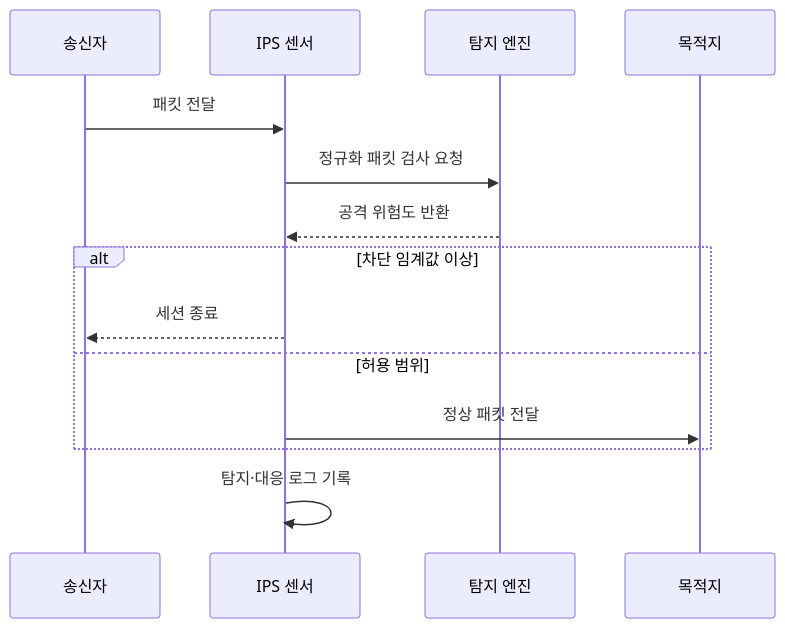
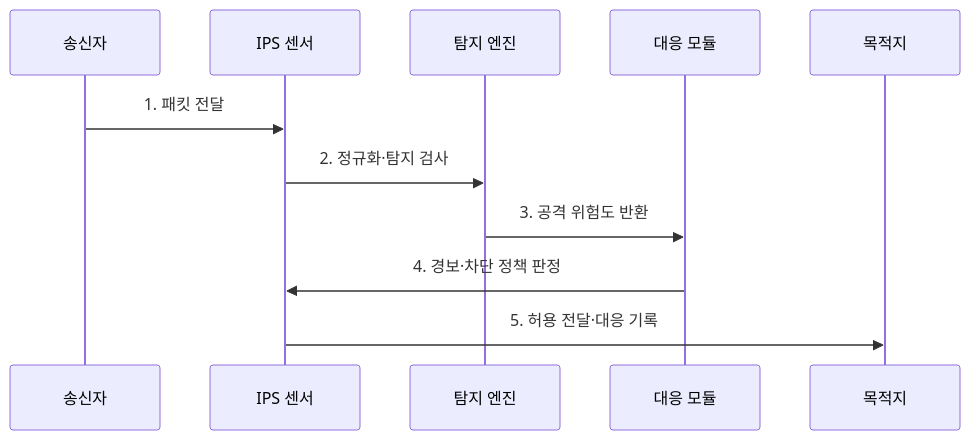
The second of 2 diagrams in src/content/docs/notes/05-security/023_ids_ips.md (agnusdei1207/knowledge-base), drawn with Mermaid before and after one commit. The commit also changed other lines of this file and 11 other files, not shown here.

````diff
--- a/src/content/docs/notes/05-security/023_ids_ips.md
+++ b/src/content/docs/notes/05-security/023_ids_ips.md
@@ -78,16 +81,13 @@
 ```mermaid
 sequenceDiagram
     participant S as 송신자
     participant I as IPS 센서
     participant E as 탐지 엔진
+    participant R as 대응 모듈
     participant D as 목적지
-    S->>I: 패킷 전달
-    I->>E: 정규화 패킷 검사 요청
-    E-->>I: 공격 위험도 반환
-    alt 차단 임계값 이상
-        I-->>S: 세션 종료
-    else 허용 범위
-        I->>D: 정상 패킷 전달
-    end
-    I->>I: 탐지·대응 로그 기록
+    S->>I: 1. 패킷 전달
+    I->>E: 2. 정규화·탐지 검사
+    E->>R: 3. 공격 위험도 반환
+    R->>I: 4. 경보·차단 정책 판정
+    I->>D: 5. 허용 전달·대응 기록
 ```
````
